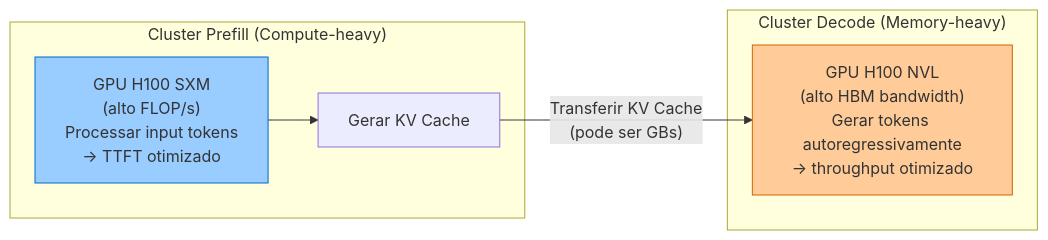
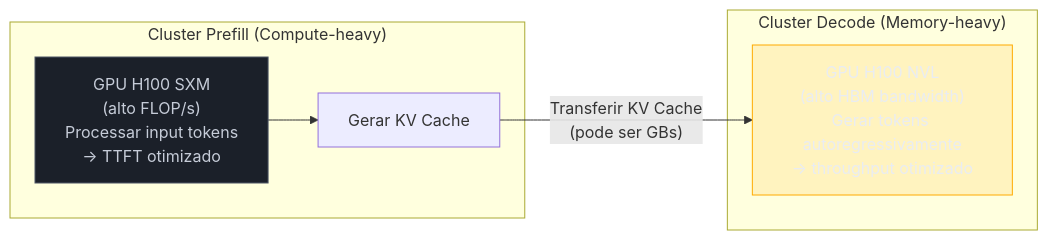
Before and after one commit to josenaldo/codex-technomanticus: the fifth of 5 diagrams in 03-Dominios/Tecnologia/IA/Anatomia dos LLMs/14 - Streaming, batching e latência.md, drawn with Mermaid. The commit also changed other lines of this file and 1181 other files, not shown here.

First line of the commit message:
fix(diagramas): paleta do sistema no lugar de cor cravada no markdown

````diff
--- a/03-Dominios/Tecnologia/IA/Anatomia dos LLMs/14 - Streaming, batching e latência.md
+++ b/03-Dominios/Tecnologia/IA/Anatomia dos LLMs/14 - Streaming, batching e latência.md
@@ -176,14 +184,16 @@
 ```mermaid
 graph LR
+    classDef neutro fill:#1B2029,stroke:#4E5666,color:#C6CCD8
+    classDef destaque fill:#FFAA0024,stroke:#FFAA00,color:#E9ECF2
     subgraph "Cluster Prefill (Compute-heavy)"
         A["GPU H100 SXM\n(alto FLOP/s)\nProcessar input tokens\n→ TTFT otimizado"]
         B["Gerar KV Cache"]
         A --> B
     end
     subgraph "Cluster Decode (Memory-heavy)"
         C["GPU H100 NVL\n(alto HBM bandwidth)\nGerar tokens autoregressivamente\n→ throughput otimizado"]
     end
     B -->|"Transferir KV Cache\n(pode ser GBs)"| C
-    style A fill:#99ccff,stroke:#0066cc
-    style C fill:#ffcc99,stroke:#cc6600
+    class A neutro
+    class C destaque
 ```
````
